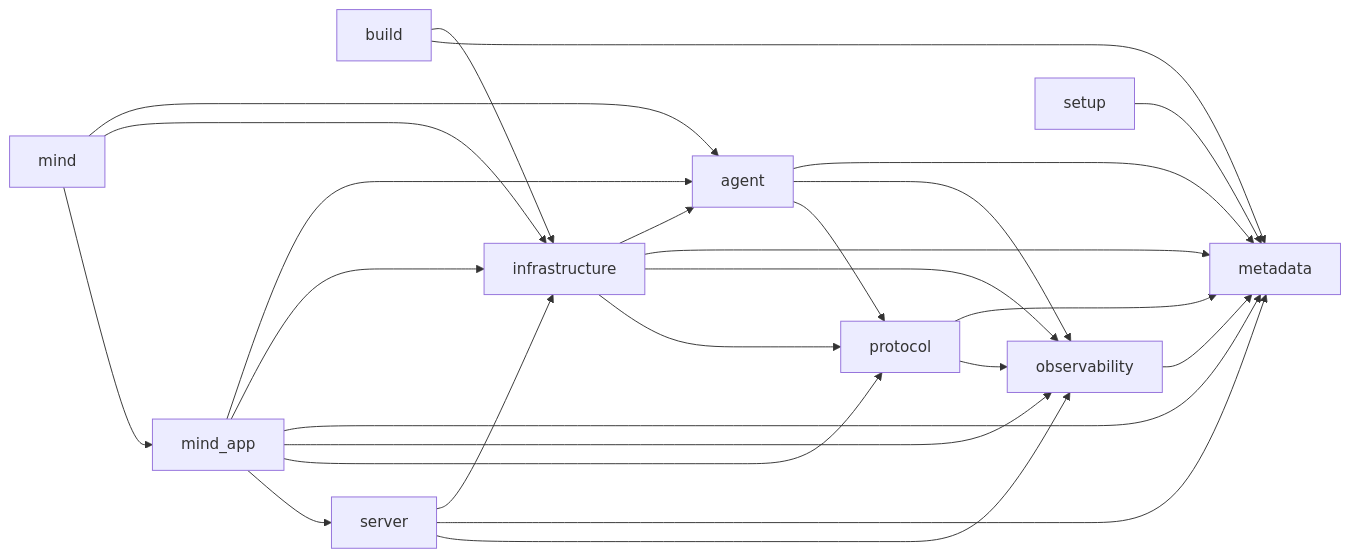
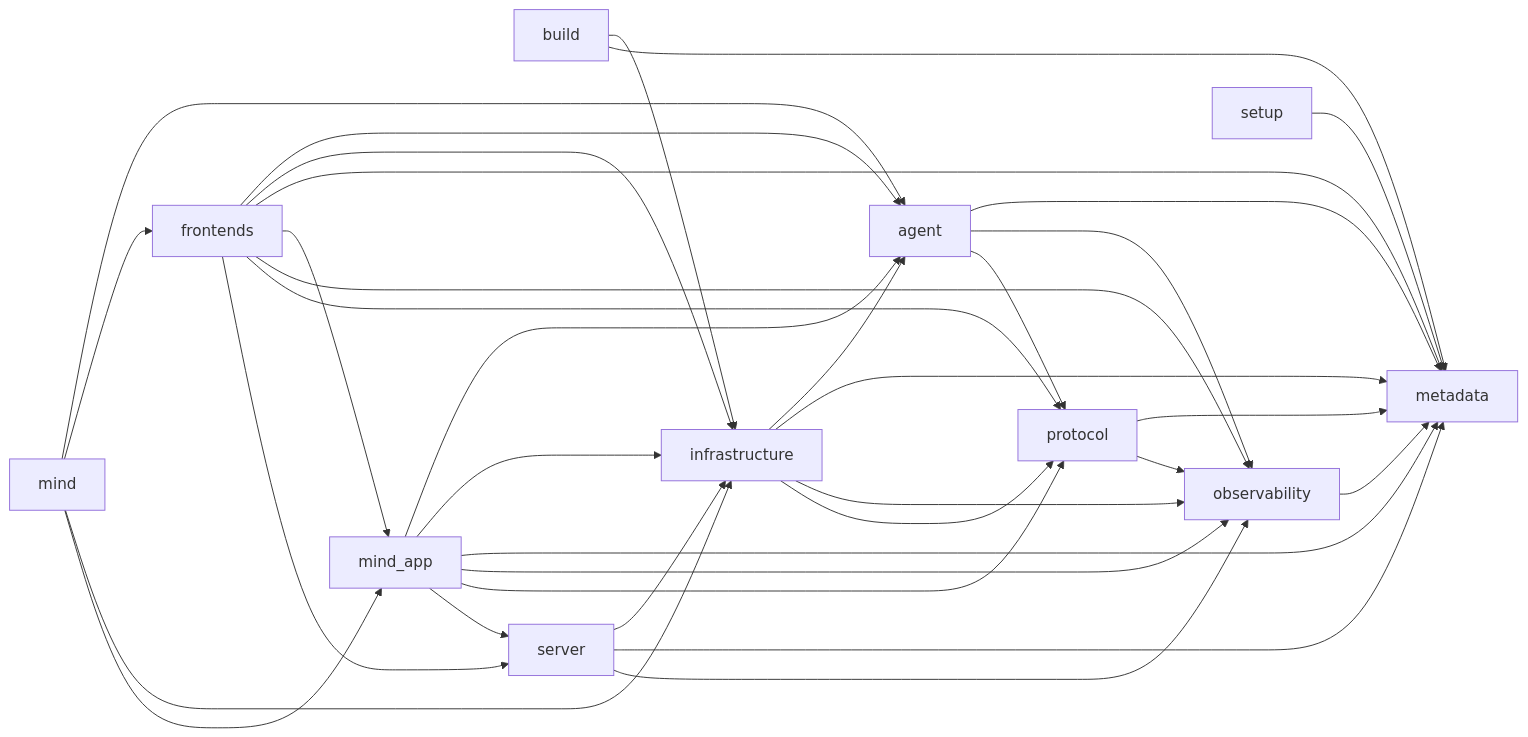
Before and after one commit to AxionixLabs/ProxyMind: the diagram in AGENT_RUNTIME_IMPORT_GRAPH.md, drawn with Mermaid. The commit also changed other lines of this file and 32 other files, not shown here.

````diff
--- a/AGENT_RUNTIME_IMPORT_GRAPH.md
+++ b/AGENT_RUNTIME_IMPORT_GRAPH.md
@@ -15,28 +15,36 @@
 ```mermaid
 flowchart LR
     agent --> metadata
     agent --> observability
     agent --> protocol
     build --> infrastructure
     build --> metadata
+    frontends --> agent
+    frontends --> infrastructure
+    frontends --> metadata
+    frontends --> mind_app
+    frontends --> observability
+    frontends --> protocol
+    frontends --> server
     infrastructure --> agent
     infrastructure --> metadata
     infrastructure --> observability
     infrastructure --> protocol
     mind --> agent
+    mind --> frontends
     mind --> infrastructure
     mind --> mind_app
     mind_app --> agent
     mind_app --> infrastructure
     mind_app --> metadata
     mind_app --> observability
     mind_app --> protocol
     mind_app --> server
     observability --> metadata
     protocol --> metadata
     protocol --> observability
     server --> infrastructure
     server --> metadata
     server --> observability
     setup --> metadata
 ```
````
